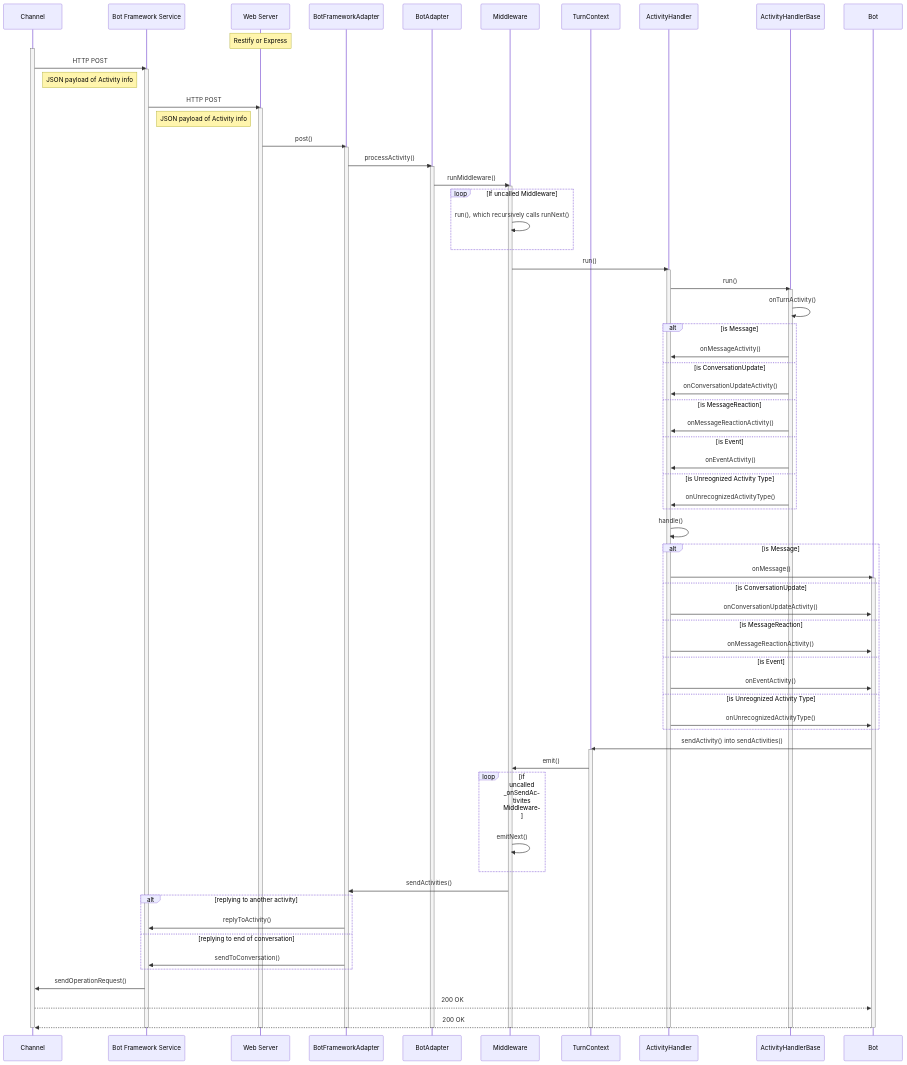
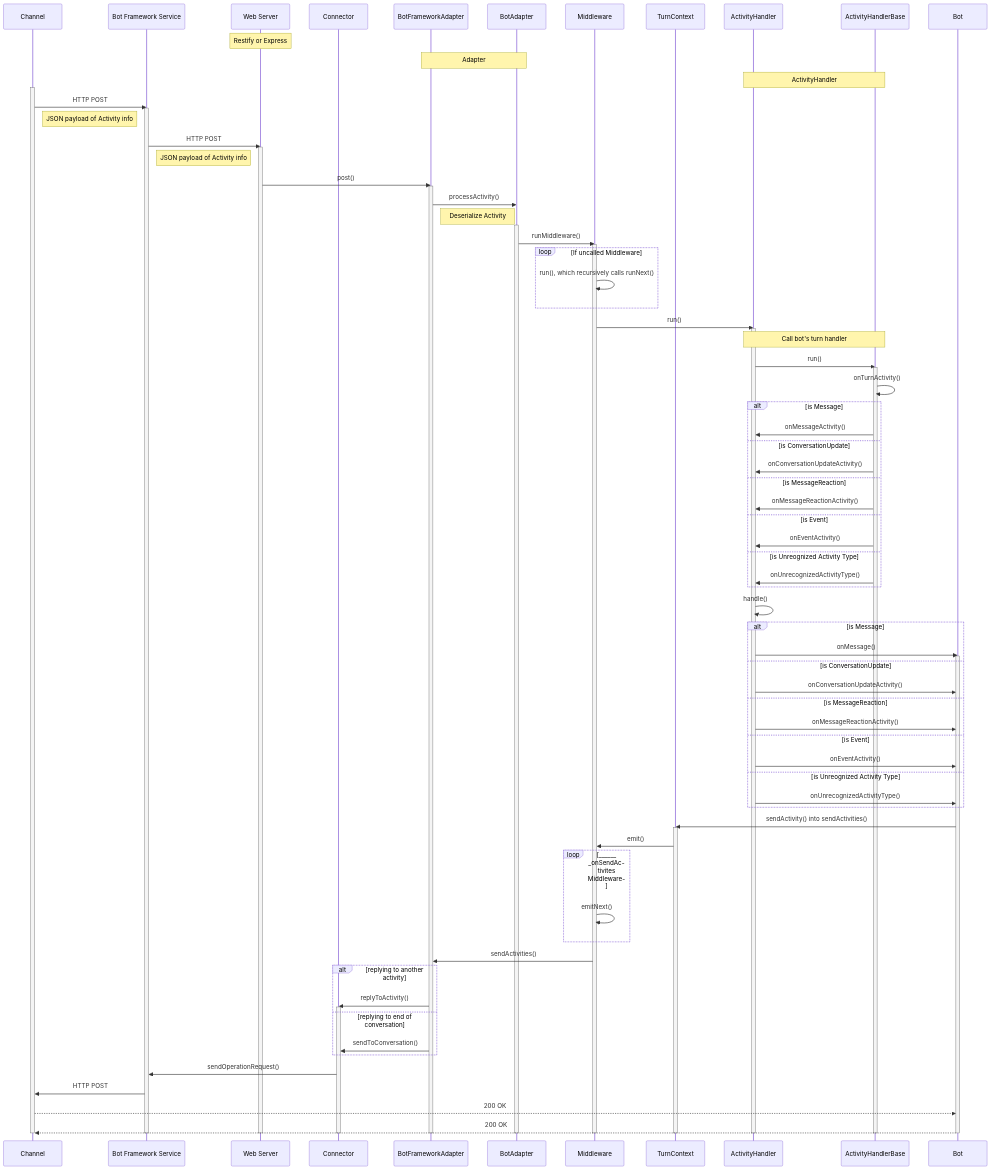
The diagram in MarkdownFiles/ActivityFlow/JsActivityFlow.md (Zerryth/Mermaid), drawn with Mermaid before and after one commit. The commit also changed 3 other files, not shown here.

```diff
--- a/MarkdownFiles/ActivityFlow/JsActivityFlow.md
+++ b/MarkdownFiles/ActivityFlow/JsActivityFlow.md
@@ -5,12 +5,15 @@
         participant BFS as Bot Framework Service
         participant WebServer as Web Server
         Note over WebServer: Restify or Express
+        participant Connector
         participant BotFrameworkAdapter
         participant BotAdapter
+        Note over BotFrameworkAdapter, BotAdapter: Adapter
         participant Middleware
         participant TurnContext
         participant ActivityHandler
         participant ActivityHandlerBase
+        Note over ActivityHandler, ActivityHandlerBase: ActivityHandler
         participant Bot
 
         activate Channel
@@ -24,6 +27,7 @@
         WebServer ->> BotFrameworkAdapter: post()
         activate BotFrameworkAdapter
         BotFrameworkAdapter ->> BotAdapter: processActivity()
+        Note right of BotFrameworkAdapter: Deserialize Activity
         activate BotAdapter
         BotAdapter ->> Middleware: runMiddleware()
         activate Middleware
@@ -34,6 +38,7 @@
 
         Middleware ->> ActivityHandler: run()
         activate ActivityHandler
+        Note over ActivityHandler, ActivityHandlerBase: Call bot's turn handler
         ActivityHandler ->> ActivityHandlerBase: run()
         activate ActivityHandlerBase
         ActivityHandlerBase ->> ActivityHandlerBase: onTurnActivity()
@@ -76,20 +81,23 @@
         activate TurnContext
 
         TurnContext ->> Middleware: emit()
-        loop if uncalled _onSendActivites Middleware
+        loop ______ _onSendActivites Middleware
             Middleware ->> Middleware: emitNext()
         end
 
         Middleware ->> BotFrameworkAdapter: sendActivities()
         
+        
         alt replying to another activity
-            BotFrameworkAdapter ->> BFS: replyToActivity()
-
+            BotFrameworkAdapter ->> Connector: replyToActivity()
+            activate Connector
+    
             else replying to end of conversation
-                BotFrameworkAdapter ->> BFS: sendToConversation()
+                BotFrameworkAdapter ->> Connector: sendToConversation()
         end
 
-        BFS ->> Channel: sendOperationRequest()
+        Connector ->> BFS: sendOperationRequest() 
+        BFS ->> Channel: HTTP POST
 
         Channel -->> Bot: 200 OK
         Bot -->> Channel: 200 OK
@@ -102,6 +110,7 @@
         deactivate Middleware
         deactivate BotAdapter
         deactivate BotFrameworkAdapter
+        deactivate Connector
         deactivate WebServer
         deactivate BFS
         deactivate Channel
```
